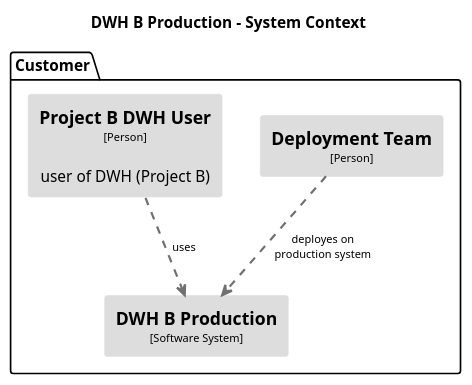
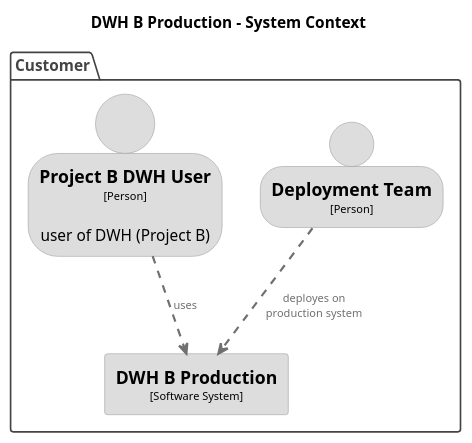
One commit to DataHandwerk/dhw-antora-docs changed the diagram in docs/modules/arc/partials/c4_dsl/puml/structurizr-DWHBProduction-SystemContext.puml. Above: the diagram before and after it, drawn with PlantUML. The commit also changed 20 other files, not shown here.

Commit message:
update architecture a bit

```diff
--- a/docs/modules/arc/partials/c4_dsl/puml/structurizr-DWHBProduction-SystemContext.puml
+++ b/docs/modules/arc/partials/c4_dsl/puml/structurizr-DWHBProduction-SystemContext.puml
@@ -1,35 +1,44 @@
-@startuml(id=DWHBProduction-SystemContext)
+@startuml
 title DWH B Production - System Context
+
+top to bottom direction
 
 skinparam {
   shadowing false
   arrowFontSize 10
   defaultTextAlignment center
   wrapWidth 200
   maxMessageSize 100
 }
+
 hide stereotype
-top to bottom direction
-skinparam rectangle<<2>> {
+
+skinparam rectangle<<DWHBProduction>> {
   BackgroundColor #dddddd
   FontColor #000000
-  BorderColor #dddddd
+  BorderColor #9a9a9a
 }
-skinparam rectangle<<3>> {
+skinparam person<<DeploymentTeam>> {
   BackgroundColor #dddddd
   FontColor #000000
-  BorderColor #dddddd
+  BorderColor #9a9a9a
 }
-skinparam rectangle<<28>> {
+skinparam person<<ProjectBDWHUser>> {
   BackgroundColor #dddddd
   FontColor #000000
-  BorderColor #dddddd
+  BorderColor #9a9a9a
 }
-package "Customer" {
-  rectangle "==Deployment Team\n<size:10>[Person]</size>" <<2>> as 2
-  rectangle "==Project B DWH User\n<size:10>[Person]</size>\n\nuser of DWH (Project B)" <<3>> as 3
-  rectangle "==DWH B Production\n<size:10>[Software System]</size>" <<28>> as 28
+
+package "Customer" <<enterprise>> {
+  skinparam PackageBorderColor<<enterprise>> #444444
+  skinparam PackageFontColor<<enterprise>> #444444
+
+  person "==Deployment Team\n<size:10>[Person]</size>" <<DeploymentTeam>> as DeploymentTeam
+  person "==Project B DWH User\n<size:10>[Person]</size>\n\nuser of DWH (Project B)" <<ProjectBDWHUser>> as ProjectBDWHUser
+  rectangle "==DWH B Production\n<size:10>[Software System]</size>" <<DWHBProduction>> as DWHBProduction
 }
-2 .[#707070,thickness=2].> 28 : "deployes on production system"
-3 .[#707070,thickness=2].> 28 : "uses"
+
+
+DeploymentTeam .[#707070,thickness=2].> DWHBProduction : "<color:#707070>deployes on production system"
+ProjectBDWHUser .[#707070,thickness=2].> DWHBProduction : "<color:#707070>uses"
 @enduml
```
